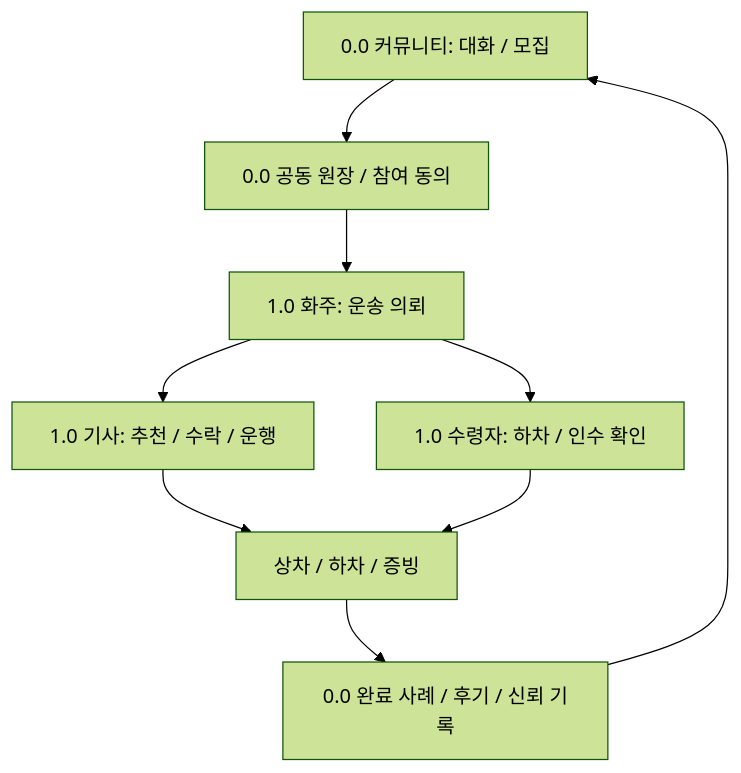
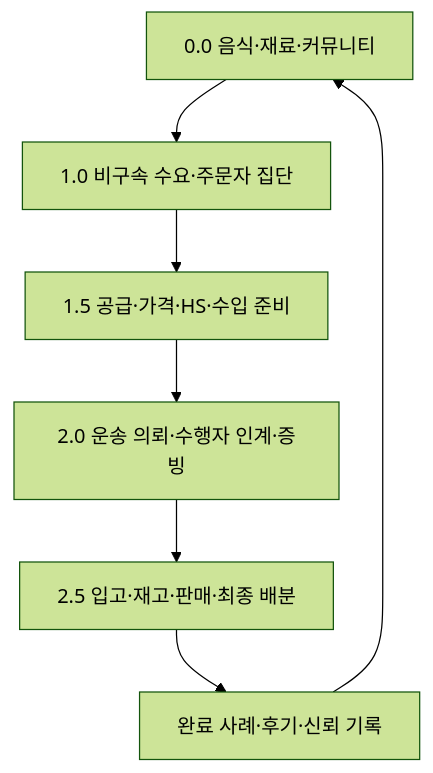
One commit to cheolwo/hongdal changed the first of 2 diagrams in docs/ProjectOverview/version-roadmap.md. Above: the diagram before and after it, drawn with Mermaid (forest theme). The commit also changed other lines of this file and 114 other files, not shown here.

````diff
--- a/docs/ProjectOverview/version-roadmap.md
+++ b/docs/ProjectOverview/version-roadmap.md
@@ -33,11 +21,9 @@
 ```mermaid
 flowchart TD
-    A["0.0 커뮤니티: 대화 / 모집"] --> B["0.0 공동 원장 / 참여 동의"]
-    B --> C["1.0 화주: 운송 의뢰"]
-    C --> D["1.0 기사: 추천 / 수락 / 운행"]
-    C --> E["1.0 수령자: 하차 / 인수 확인"]
-    D --> F["상차 / 하차 / 증빙"]
-    E --> F
-    F --> G["0.0 완료 사례 / 후기 / 신뢰 기록"]
-    G --> A
+    A["0.0 음식·재료·커뮤니티"] --> B["1.0 비구속 수요·주문자 집단"]
+    B --> C["1.5 공급·가격·HS·수입 준비"]
+    C --> D["2.0 운송 의뢰·수행자 인계·증빙"]
+    D --> E["2.5 입고·재고·판매·최종 배분"]
+    E --> F["완료 사례·후기·신뢰 기록"]
+    F --> A
 ```
````
